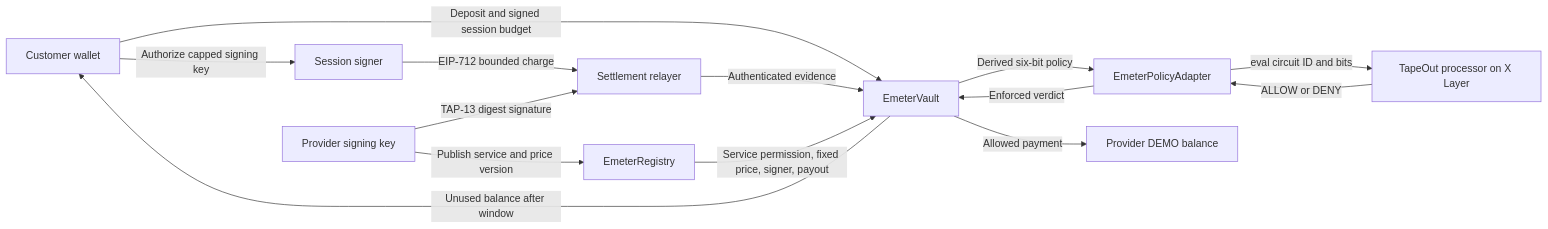
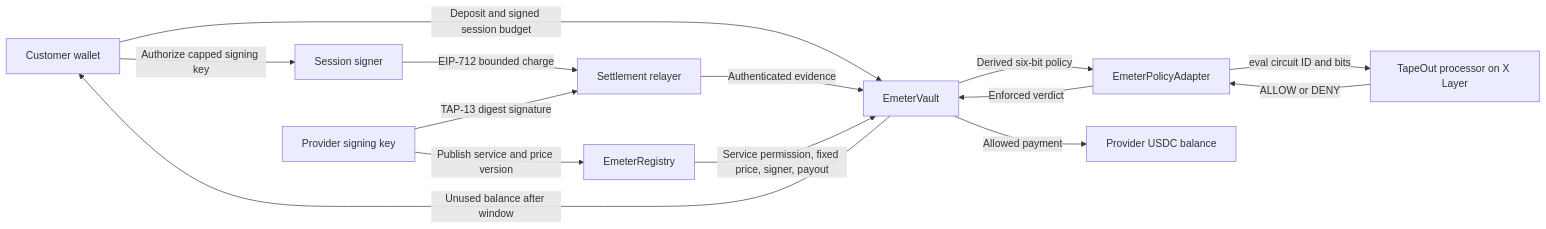
The diagram in docs/architecture.md (greyw0rks/emeter), drawn with Mermaid before and after one commit. The commit also changed other lines of this file and 91 other files, not shown here.

````diff
--- a/docs/architecture.md
+++ b/docs/architecture.md
@@ -5,16 +7,16 @@
 ```mermaid
 flowchart LR
     Customer[Customer wallet] -->|Deposit and signed session budget| Vault[EmeterVault]
     Customer -->|Authorize capped signing key| Delegate[Session signer]
     Delegate -->|EIP-712 bounded charge| Relayer[Settlement relayer]
     Provider[Provider signing key] -->|TAP-13 digest signature| Relayer
     Provider -->|Publish service and price version| Registry[EmeterRegistry]
     Relayer -->|Authenticated evidence| Vault
     Registry -->|Service permission, fixed price, signer, payout| Vault
     Vault -->|Derived six-bit policy| Adapter[EmeterPolicyAdapter]
     Adapter -->|eval circuit ID and bits| Processor[TapeOut processor on X Layer]
     Processor -->|ALLOW or DENY| Adapter
     Adapter -->|Enforced verdict| Vault
-    Vault -->|Allowed payment| Payout[Provider DEMO balance]
+    Vault -->|Allowed payment| Payout[Provider USDC balance]
     Vault -->|Unused balance after window| Customer
 ```
````
